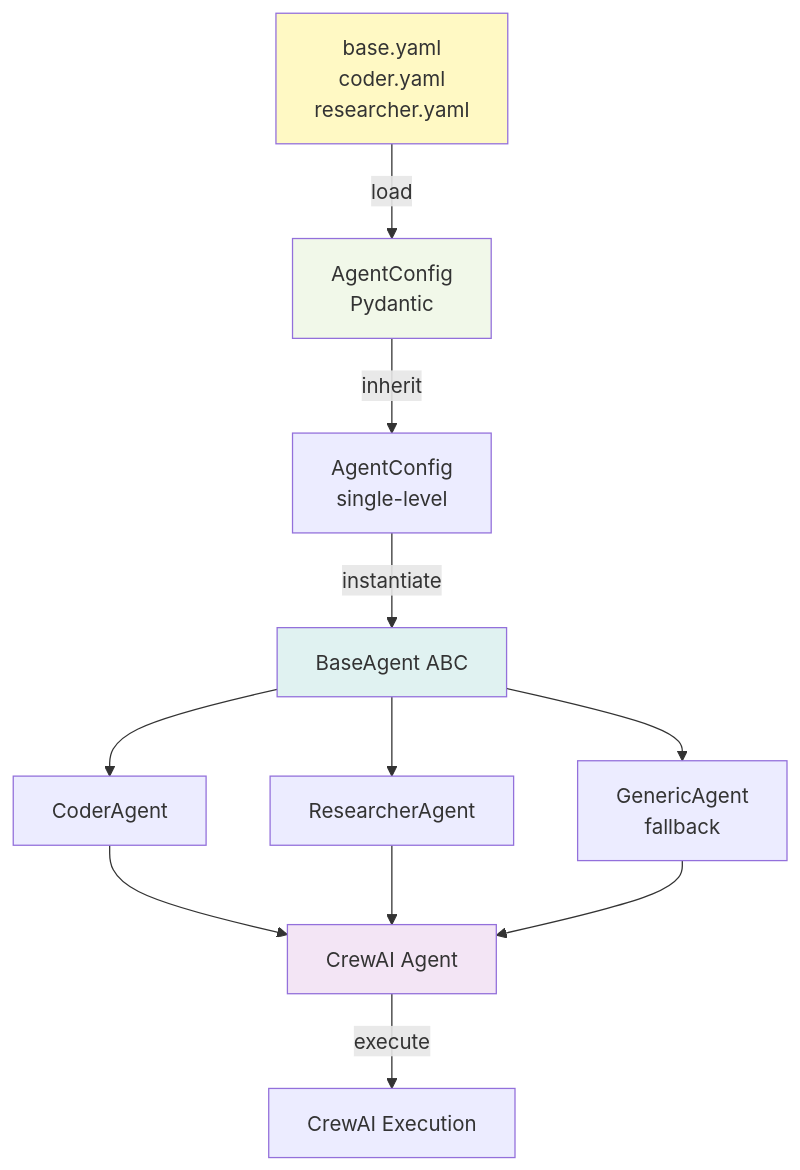
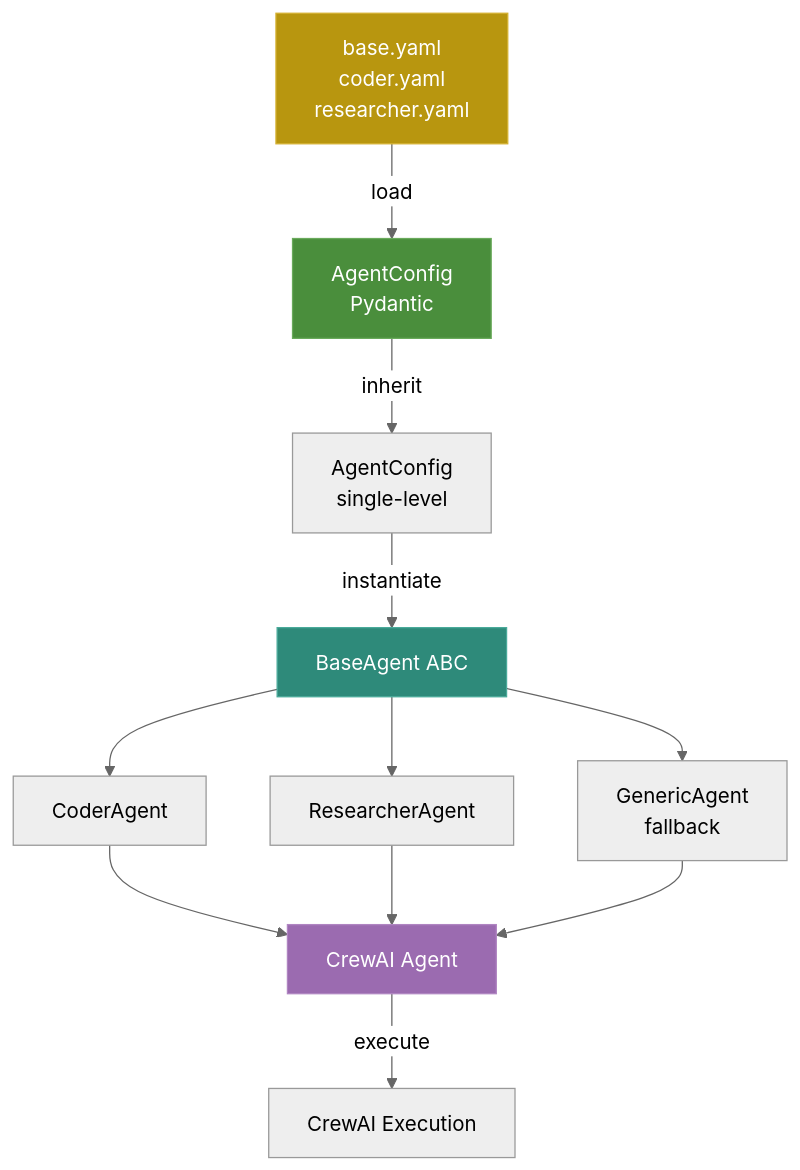
The second of 7 diagrams in docs/system-architecture.md (phucsystem/agent-foundry), drawn with Mermaid before and after one commit. The commit also changed other lines of this file, not shown here.

First line of the commit message:
docs: update mermaid diagrams for dark theme compatibility

````diff
--- a/docs/system-architecture.md
+++ b/docs/system-architecture.md
@@ -111,19 +112,20 @@
 ```mermaid
+%%{init: {'theme': 'neutral'}}%%
 graph TD
     YAML["base.yaml<br/>coder.yaml<br/>researcher.yaml"]
     YAML -->|load| LC["AgentConfig<br/>Pydantic"]
     LC -->|inherit| ACF["AgentConfig<br/>single-level"]
     ACF -->|instantiate| BA["BaseAgent ABC"]
     BA --> CA["CoderAgent"]
     BA --> RA["ResearcherAgent"]
     BA --> GA["GenericAgent<br/>fallback"]
     CA --> CR["CrewAI Agent"]
     RA --> CR
     GA --> CR
     CR -->|execute| CE["CrewAI Execution"]
 
-    style YAML fill:#fff9c4
-    style LC fill:#f1f8e9
-    style BA fill:#e0f2f1
-    style CR fill:#f3e5f5
+    style YAML fill:#b8960f,stroke:#d4b030,color:#fff
+    style LC fill:#4a8e3c,stroke:#6aaa5c,color:#fff
+    style BA fill:#2e8a7a,stroke:#4aaa9a,color:#fff
+    style CR fill:#9b6bb0,stroke:#b085c2,color:#fff
 ```
````
